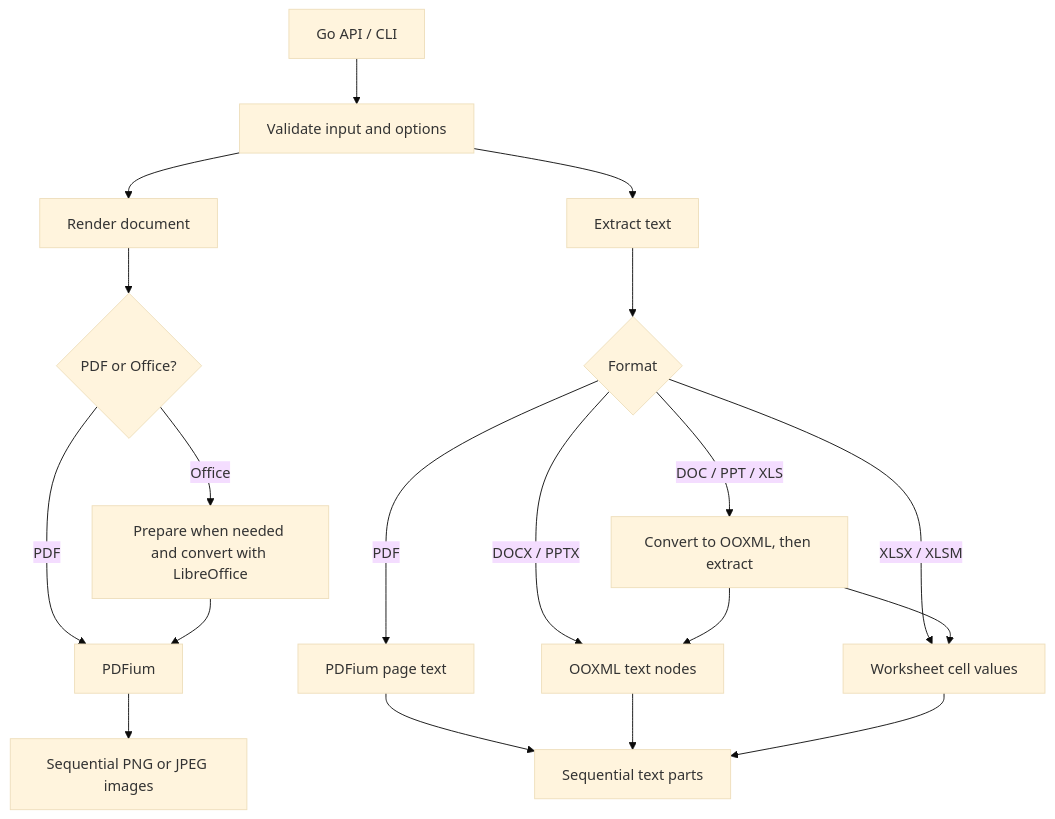
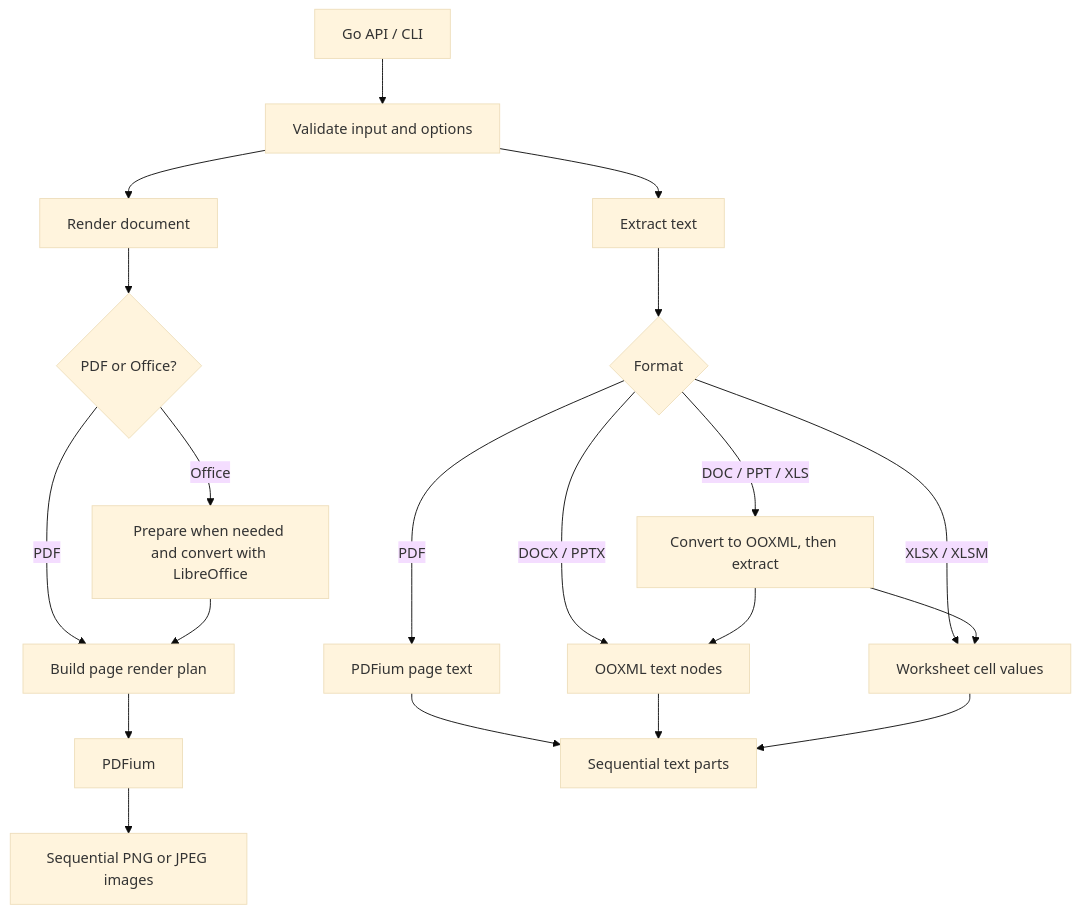
Before and after one commit to mochizuki875/document-image-renderer: the diagram in DESIGN.md, drawn with Mermaid (base theme). The commit also changed other lines of this file and 17 other files, not shown here.

````diff
--- a/DESIGN.md
+++ b/DESIGN.md
@@ -29,21 +29,22 @@
 ```mermaid
 flowchart TD
   caller[Go API / CLI] --> validate[Validate input and options]
   validate --> render[Render document]
   validate --> extract[Extract text]
   render --> renderRoute{PDF or Office?}
-  renderRoute -->|PDF| pdfium[PDFium]
+  renderRoute -->|PDF| pagePlan[Build page render plan]
   renderRoute -->|Office| officePDF[Prepare when needed and convert with LibreOffice]
-  officePDF --> pdfium
+  officePDF --> pagePlan
+  pagePlan --> pdfium[PDFium]
   pdfium --> image[Sequential PNG or JPEG images]
   extract --> extractRoute{Format}
   extractRoute -->|PDF| pdfText[PDFium page text]
   extractRoute -->|DOCX / PPTX| xmlText[OOXML text nodes]
   extractRoute -->|XLSX / XLSM| workbookText[Worksheet cell values]
   extractRoute -->|DOC / PPT / XLS| legacy[Convert to OOXML, then extract]
   legacy --> xmlText
   legacy --> workbookText
   pdfText --> textParts[Sequential text parts]
   xmlText --> textParts
   workbookText --> textParts
 ```
````
